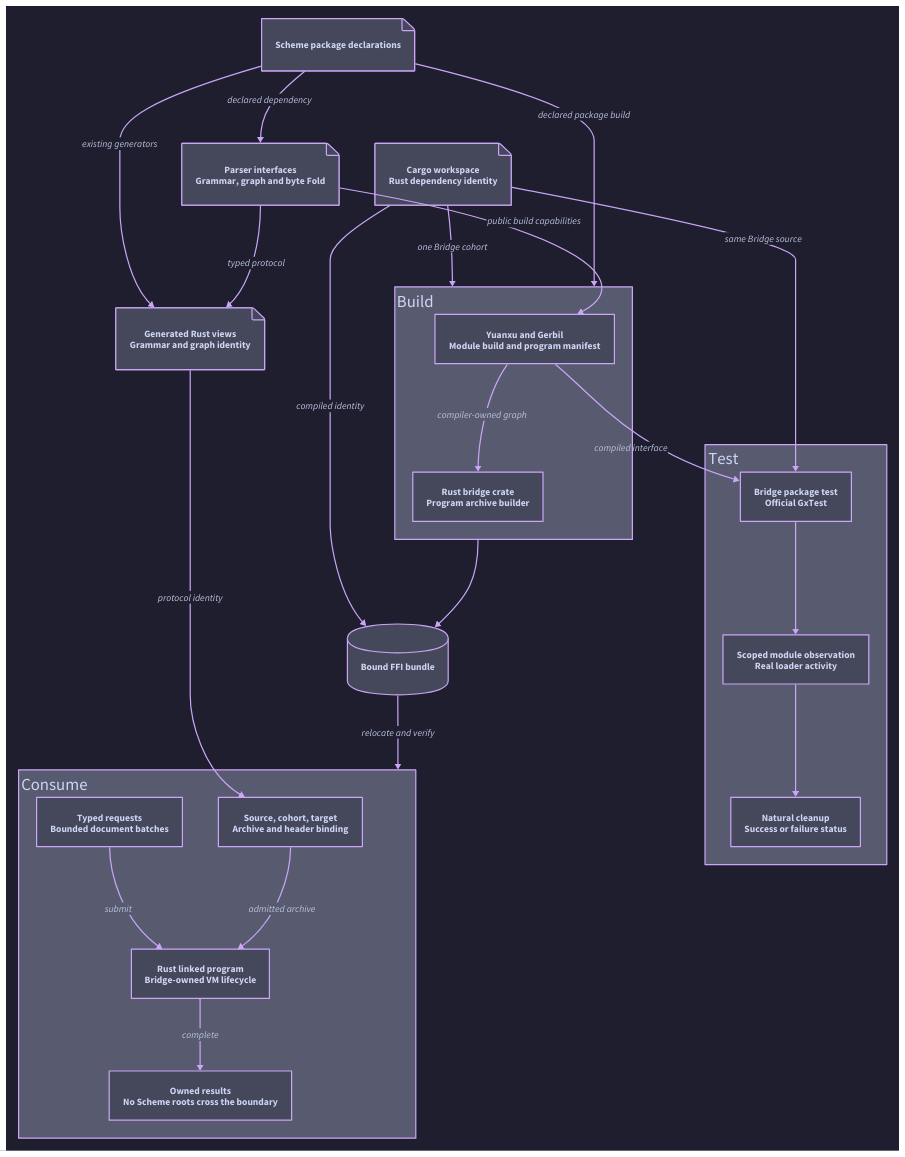
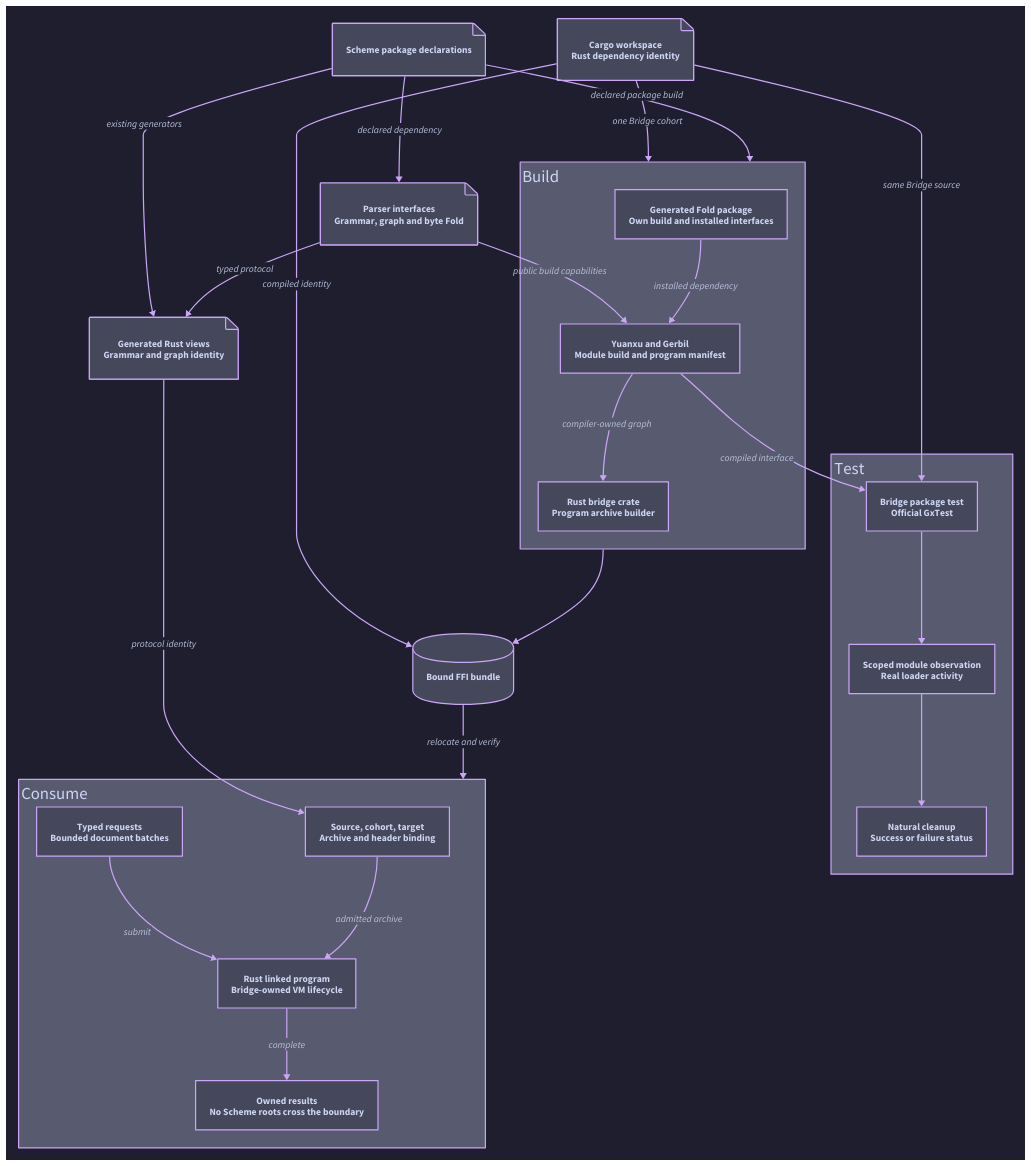
The diagram in docs/20_parser/20.09_cargo_bridge_ownership.d2 (tao3k/orgize), drawn with D2 before and after one commit. The commit also changed 3 other files, not shown here.

Commit message:
Build the generated Fold package before consuming its interfaces

```diff
--- a/docs/20_parser/20.09_cargo_bridge_ownership.d2
+++ b/docs/20_parser/20.09_cargo_bridge_ownership.d2
@@ -1,50 +1,52 @@
 direction: down
 vars: {d2-config: {theme-id: 200; pad: 32}}
 
 cargo: "Cargo workspace\nRust dependency identity" {shape: page}
 scheme: "Scheme package declarations" {shape: page}
 parser: "Parser interfaces\nGrammar, graph and byte Fold" {shape: page}
 producer: "Build" {
   label.near: top-left
   direction: right
+  folds: "Generated Fold package\nOwn build and installed interfaces"
   compiler: "Yuanxu and Gerbil\nModule build and program manifest"
   archive: "Rust bridge crate\nProgram archive builder"
+  folds -> compiler: "installed dependency"
   compiler -> archive: "compiler-owned graph"
 }
 products: "Generated Rust views\nGrammar and graph identity" {shape: page}
 bundle: "Bound FFI bundle" {shape: cylinder}
 consumer: "Consume" {
   label.near: top-left
   direction: right
   admission: "Source, cohort, target\nArchive and header binding"
   runtime: "Rust linked program\nBridge-owned VM lifecycle"
   requests: "Typed requests\nBounded document batches"
   replies: "Owned results\nNo Scheme roots cross the boundary"
   admission -> runtime: "admitted archive"
   requests -> runtime: "submit"
   runtime -> replies: "complete"
 }
 
 scheme -> parser: "declared dependency"
 parser -> producer.compiler: "public build capabilities"
 scheme -> producer: "declared package build"
 cargo -> producer: "one Bridge cohort"
 producer -> bundle
 cargo -> bundle: "compiled identity"
 bundle -> consumer: "relocate and verify"
 
 parser -> products: "typed protocol"
 scheme -> products: "existing generators"
 products -> consumer.admission: "protocol identity"
 
 cli: "Test" {
   label.near: top-left
   direction: down
   owner: "Bridge package test\nOfficial GxTest"
   work: "Scoped module observation\nReal loader activity"
   cleanup: "Natural cleanup\nSuccess or failure status"
   owner -> work
   work -> cleanup
 }
 producer.compiler -> cli.owner: "compiled interface"
 cargo -> cli.owner: "same Bridge source"
```
